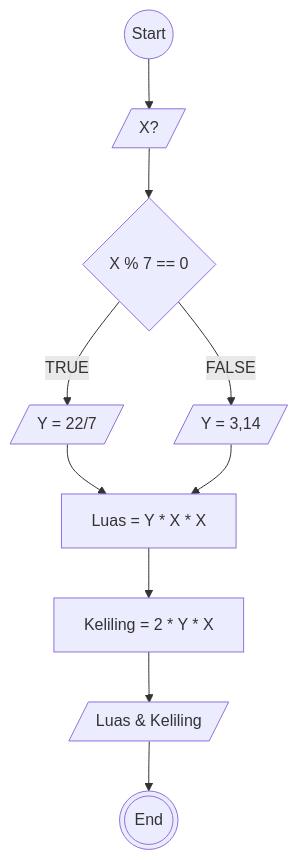
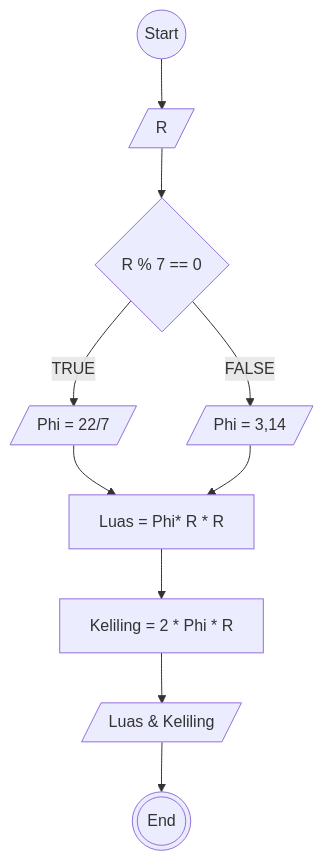
Before and after one commit to HN721/fgo24-algoritma: the diagram in MiniTask-Luas.md, drawn with Mermaid. The commit also changed other lines of this file, not shown here.

````diff
--- a/MiniTask-Luas.md
+++ b/MiniTask-Luas.md
@@ -37,20 +37,20 @@
 ```mermaid
 flowchart TD
   A@{ shape: circle, label: "Start" }
-  B@{shape: lean-r, label: "X?"}
-  C@{shape: diamond, label: "X % 7 == 0"}
-  D@{shape: lean-r, label: "Y = 22/7"}
-  E@{shape: lean-r, label: "Y = 3,14"}
-  F@{shape , label: "Luas = Y * X * X"}
-  G@{shape , label: "Keliling  = 2 * Y * X"}
+  B@{shape: lean-r, label: "R"}
+  C@{shape: diamond, label: "R % 7 == 0"}
+  D@{shape: lean-r, label: "Phi = 22/7"}
+  E@{shape: lean-r, label: "Phi = 3,14"}
+  F@{shape , label: "Luas = Phi* R * R"}
+  G@{shape , label: "Keliling  = 2 * Phi * R"}
   H@{shape: lean-r, label: "Luas & Keliling"}
   I@{shape: dbl-circ, label: "End"}
  A --> B
  B --> C
  C --TRUE--> D
  C --FALSE--> E
  D & E --> F
  F --> G
  G --> H
  H --> I
 ```
````
